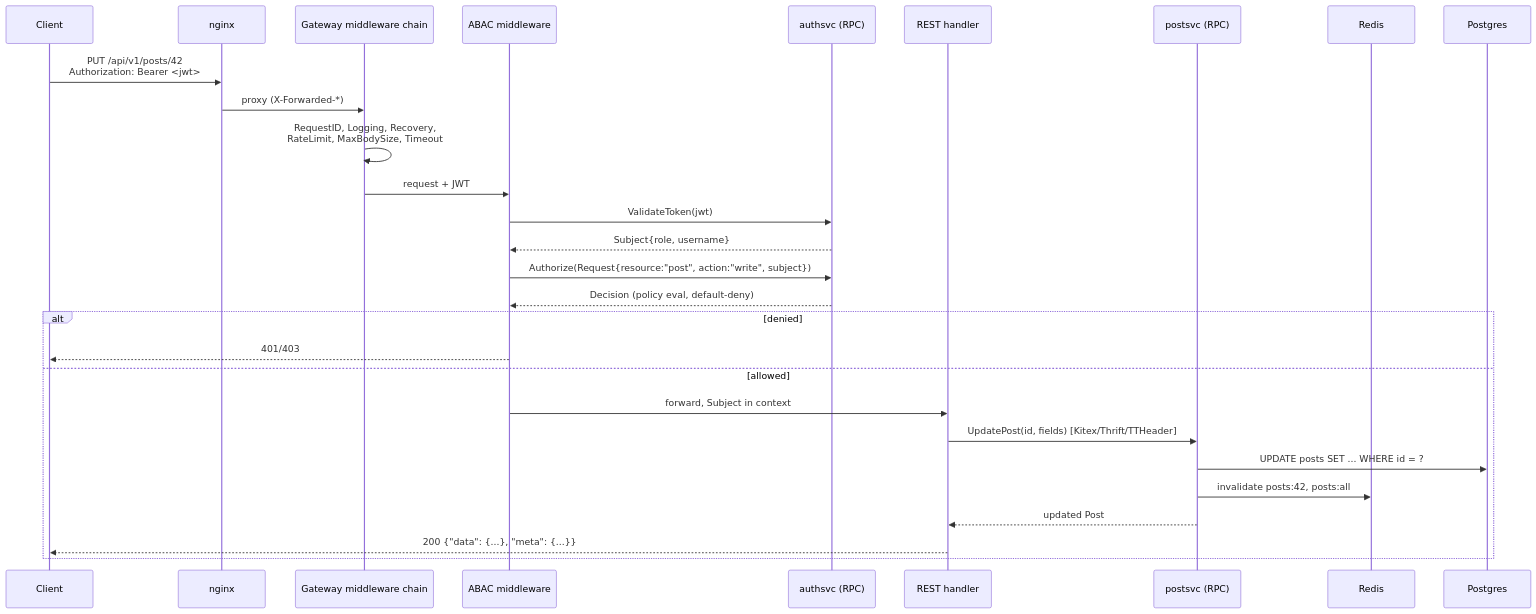
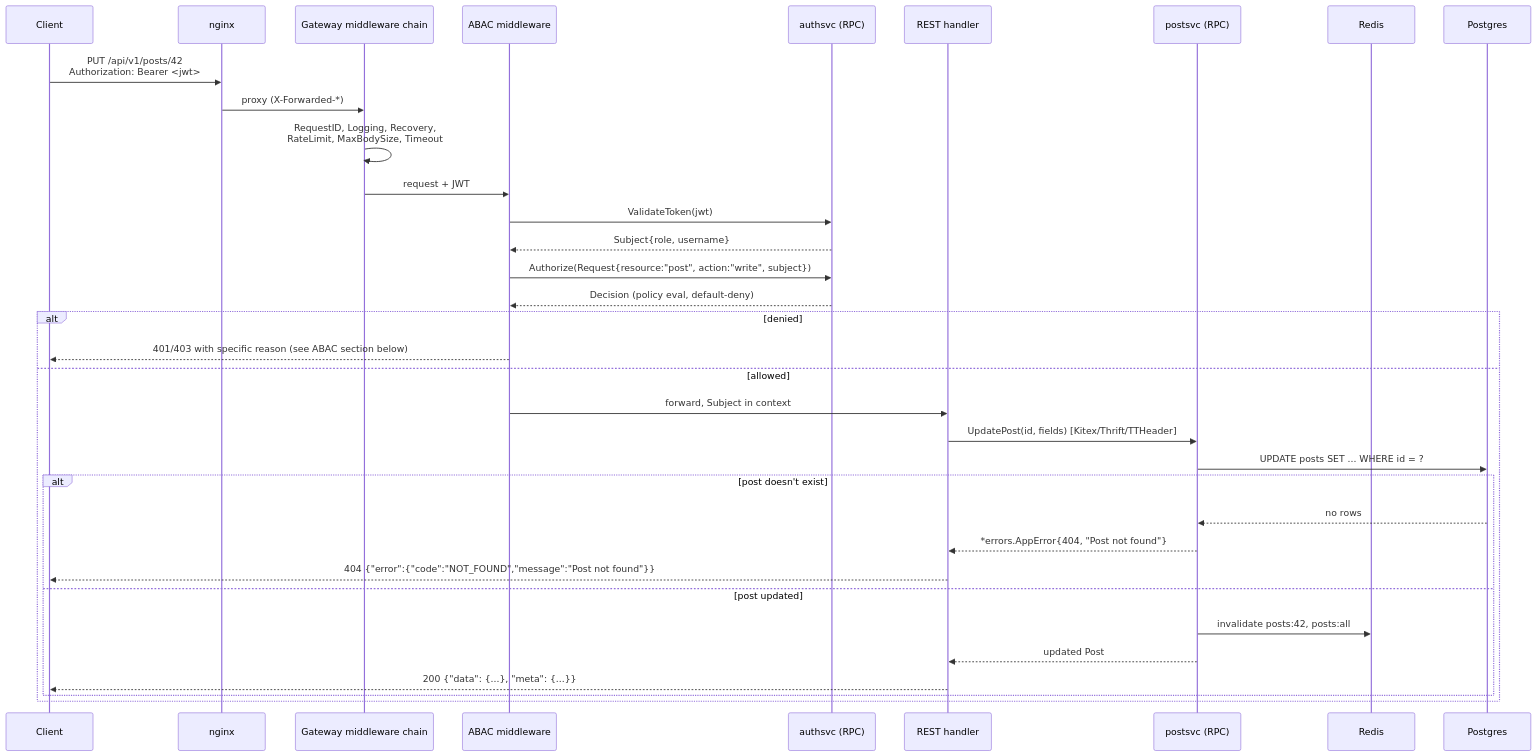
One commit to hoangsonww/Post-Analyzer-Webserver changed the second of 9 diagrams in ARCHITECTURE.md. Above: the diagram before and after it, drawn with Mermaid. The commit also changed other lines of this file and 13 other files, not shown here.

````diff
--- a/ARCHITECTURE.md
+++ b/ARCHITECTURE.md
@@ -75,31 +91,37 @@
 ```mermaid
 sequenceDiagram
     participant C as Client
     participant N as nginx
     participant MW as Gateway middleware chain
     participant ABAC as ABAC middleware
     participant Auth as authsvc (RPC)
     participant API as REST handler
     participant Post as postsvc (RPC)
     participant Cache as Redis
     participant DB as Postgres
 
     C->>N: PUT /api/v1/posts/42<br/>Authorization: Bearer <jwt>
     N->>MW: proxy (X-Forwarded-*)
     MW->>MW: RequestID, Logging, Recovery,<br/>RateLimit, MaxBodySize, Timeout
     MW->>ABAC: request + JWT
     ABAC->>Auth: ValidateToken(jwt)
     Auth-->>ABAC: Subject{role, username}
     ABAC->>Auth: Authorize(Request{resource:"post", action:"write", subject})
     Auth-->>ABAC: Decision (policy eval, default-deny)
     alt denied
-        ABAC-->>C: 401/403
+        ABAC-->>C: 401/403 with specific reason (see ABAC section below)
     else allowed
         ABAC->>API: forward, Subject in context
         API->>Post: UpdatePost(id, fields) [Kitex/Thrift/TTHeader]
         Post->>DB: UPDATE posts SET ... WHERE id = ?
-        Post->>Cache: invalidate posts:42, posts:all
-        Post-->>API: updated Post
-        API-->>C: 200 {"data": {...}, "meta": {...}}
+        alt post doesn't exist
+            DB-->>Post: no rows
+            Post-->>API: *errors.AppError{404, "Post not found"}
+            API-->>C: 404 {"error":{"code":"NOT_FOUND","message":"Post not found"}}
+        else post updated
+            Post->>Cache: invalidate posts:42, posts:all
+            Post-->>API: updated Post
+            API-->>C: 200 {"data": {...}, "meta": {...}}
+        end
     end
 ```
````
